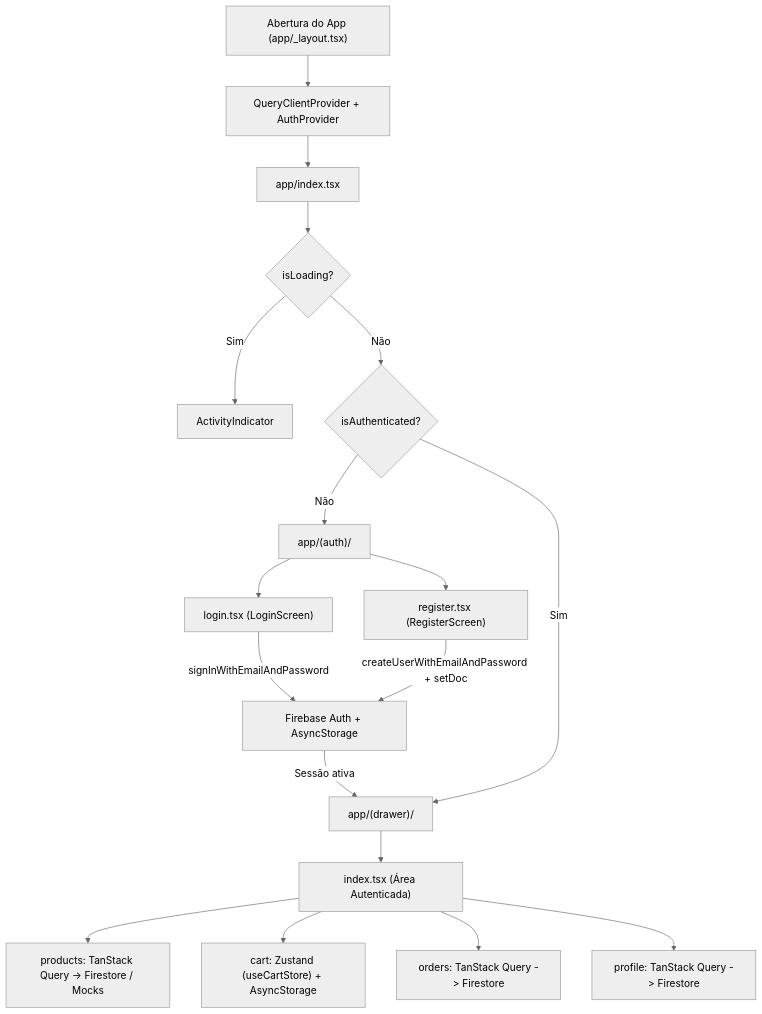
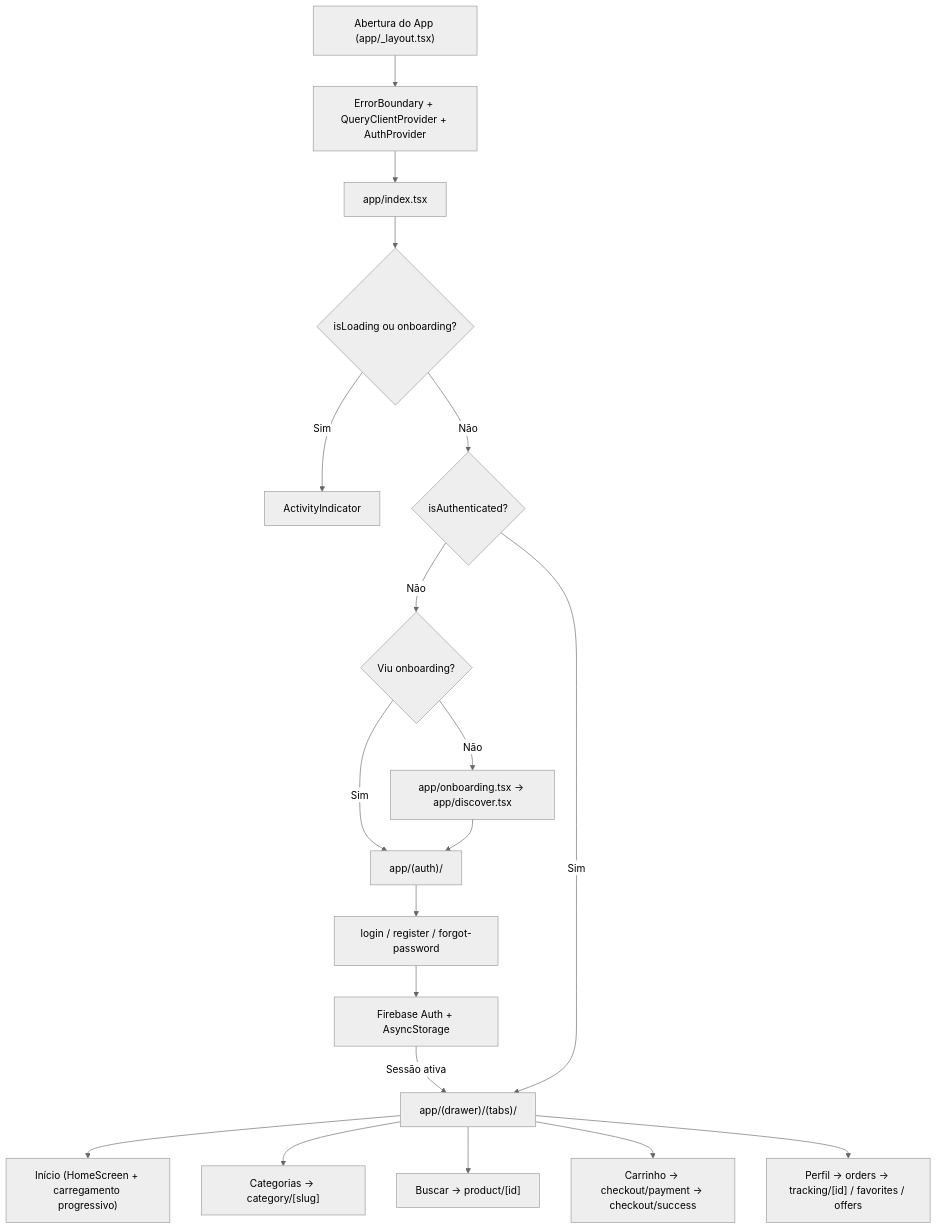
The first of 2 diagrams in README.md (EnzoYuri1/ShopeGo-FrontEnd-Mobile), drawn with Mermaid (neutral theme) before and after one commit. The commit also changed other lines of this file and 6 other files, not shown here.

Commit message:
feat: adiciona carregamento progressivo de produtos e atualiza readme

````diff
--- a/README.md
+++ b/README.md
@@ -103,22 +108,23 @@
 ```mermaid
 flowchart TD
-    Start["Abertura do App (app/_layout.tsx)"] --> Providers["QueryClientProvider + AuthProvider"]
+    Start["Abertura do App (app/_layout.tsx)"] --> Providers["ErrorBoundary + QueryClientProvider + AuthProvider"]
     Providers --> Entry["app/index.tsx"]
-    Entry --> Loading{"isLoading?"}
+    Entry --> Loading{"isLoading ou onboarding?"}
     Loading -- "Sim" --> Spinner["ActivityIndicator"]
     Loading -- "Não" --> AuthCheck{"isAuthenticated?"}
 
-    AuthCheck -- "Não" --> AuthGroup["app/(auth)/"]
-    AuthGroup --> Login["login.tsx (LoginScreen)"]
-    AuthGroup --> Register["register.tsx (RegisterScreen)"]
-    Login -- "signInWithEmailAndPassword" --> FirebaseAuth["Firebase Auth + AsyncStorage"]
-    Register -- "createUserWithEmailAndPassword + setDoc" --> FirebaseAuth
-    FirebaseAuth -- "Sessão ativa" --> DrawerGroup
+    AuthCheck -- "Não" --> OnboardingCheck{"Viu onboarding?"}
+    OnboardingCheck -- "Não" --> Onboarding["app/onboarding.tsx -> app/discover.tsx"]
+    OnboardingCheck -- "Sim" --> AuthGroup["app/(auth)/"]
+    Onboarding --> AuthGroup
+    AuthGroup --> Login["login / register / forgot-password"]
+    Login --> FirebaseAuth["Firebase Auth + AsyncStorage"]
+    FirebaseAuth -- "Sessão ativa" --> MainApp
 
-    AuthCheck -- "Sim" --> DrawerGroup["app/(drawer)/"]
-    DrawerGroup --> Home["index.tsx (Área Autenticada)"]
-    Home --> Products["products: TanStack Query -> Firestore / Mocks"]
-    Home --> Cart["cart: Zustand (useCartStore) + AsyncStorage"]
-    Home --> Orders["orders: TanStack Query -> Firestore"]
-    Home --> Profile["profile: TanStack Query -> Firestore"]
+    AuthCheck -- "Sim" --> MainApp["app/(drawer)/(tabs)/"]
+    MainApp --> Home["Início (HomeScreen + carregamento progressivo)"]
+    MainApp --> Categories["Categorias -> category/[slug]"]
+    MainApp --> Search["Buscar -> product/[id]"]
+    MainApp --> Cart["Carrinho -> checkout/payment -> checkout/success"]
+    MainApp --> Profile["Perfil -> orders -> tracking/[id] / favorites / offers"]
 ```
````
